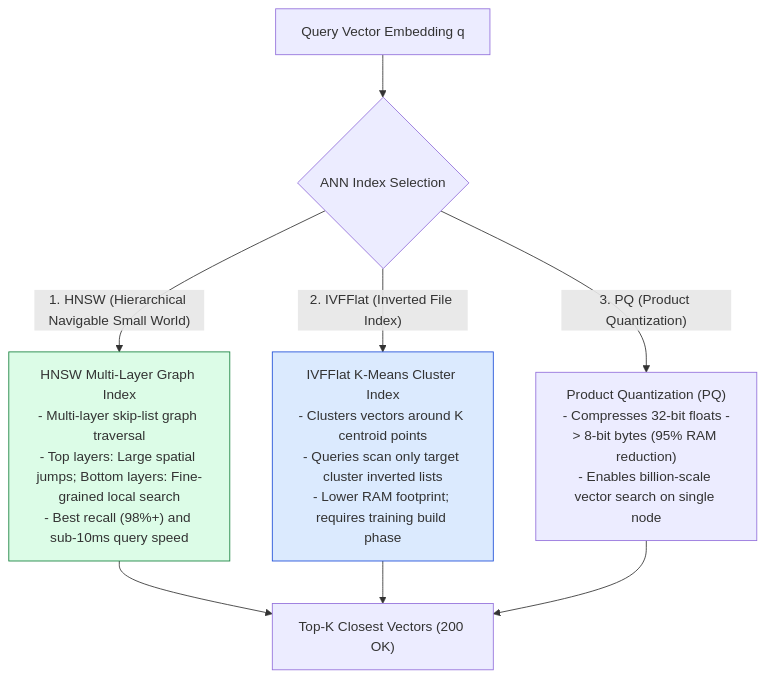
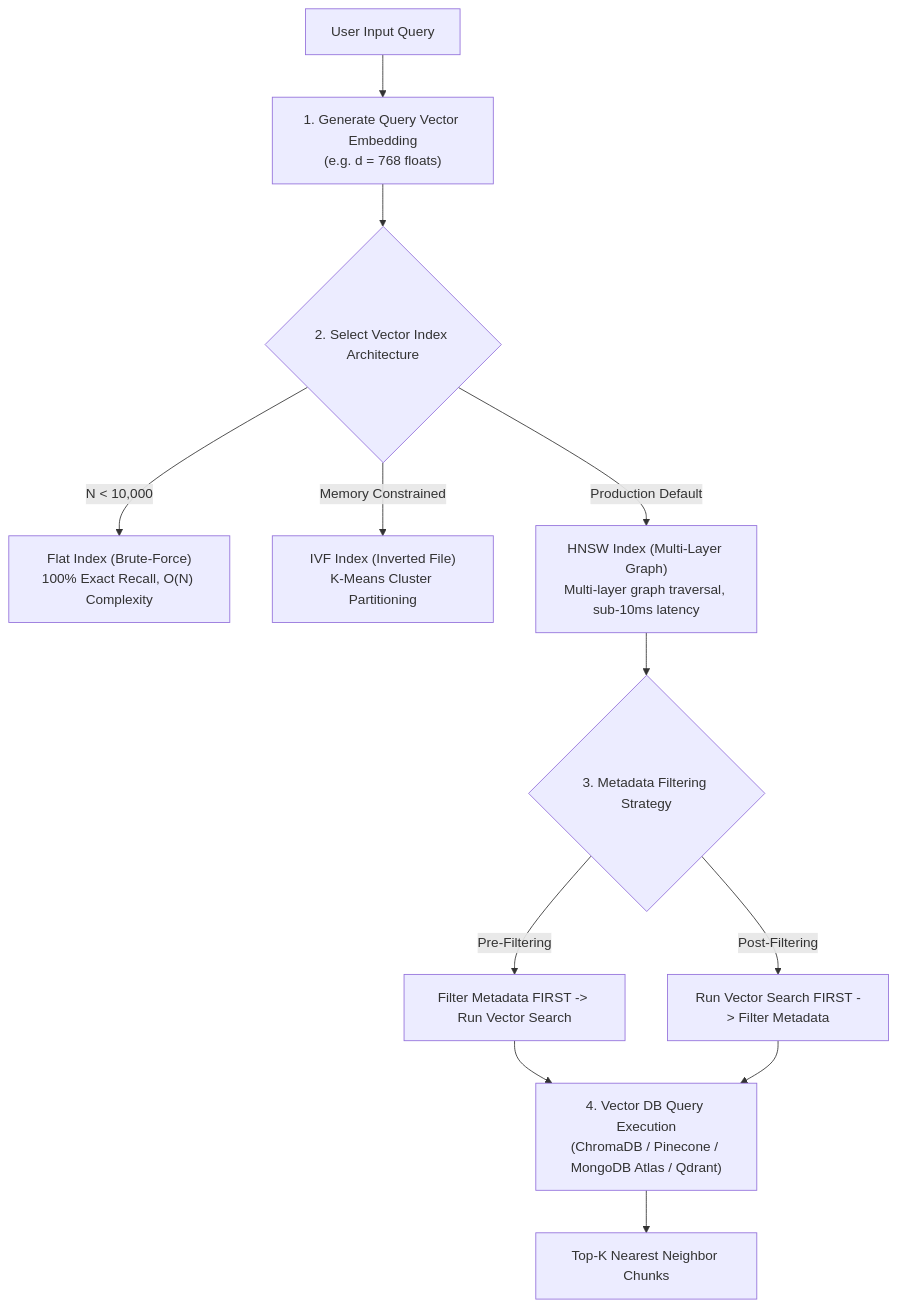
One commit to Amie-dev/engineering-playbook changed the first of 2 diagrams in agentic-ai-notes/00-foundations/07-vector-databases.md. Above: the diagram before and after it, drawn with Mermaid. The commit also changed other lines of this file and 27 other files, not shown here.

````diff
--- a/agentic-ai-notes/00-foundations/07-vector-databases.md
+++ b/agentic-ai-notes/00-foundations/07-vector-databases.md
@@ -13,17 +9,20 @@
 ```mermaid
 flowchart TD
-    QueryVec[Query Vector Embedding q] --> IndexType{ANN Index Selection}
-
-    IndexType -- "1. HNSW (Hierarchical Navigable Small World)" --> HNSWGraph["HNSW Multi-Layer Graph Index<br/>- Multi-layer skip-list graph traversal<br/>- Top layers: Large spatial jumps; Bottom layers: Fine-grained local search<br/>- Best recall (98%+) and sub-10ms query speed"]
-
-    IndexType -- "2. IVFFlat (Inverted File Index)" --> IVFClusters["IVFFlat K-Means Cluster Index<br/>- Clusters vectors around K centroid points<br/>- Queries scan only target cluster inverted lists<br/>- Lower RAM footprint; requires training build phase"]
-
-    IndexType -- "3. PQ (Product Quantization)" --> Compression["Product Quantization (PQ)<br/>- Compresses 32-bit floats -> 8-bit bytes (95% RAM reduction)<br/>- Enables billion-scale vector search on single node"]
-
-    HNSWGraph --> TopKResults["Top-K Closest Vectors (200 OK)"]
-    IVFClusters --> TopKResults
-    Compression --> TopKResults
-
-    style HNSWGraph fill:#dcfce7,stroke:#15803d
-    style IVFClusters fill:#dbeafe,stroke:#1d4ed8
+    UserQuery[User Input Query] --> EmbedQuery["1. Generate Query Vector Embedding<br/>(e.g. d = 768 floats)"]
+    
+    EmbedQuery --> IndexType{"2. Select Vector Index Architecture"}
+    
+    IndexType -->|N < 10,000| FlatIndex["Flat Index (Brute-Force)<br/>100% Exact Recall, O(N) Complexity"]
+    IndexType -->|Memory Constrained| IVFIndex["IVF Index (Inverted File)<br/>K-Means Cluster Partitioning"]
+    IndexType -->|Production Default| HNSWIndex["HNSW Index (Multi-Layer Graph)<br/>Multi-layer graph traversal, sub-10ms latency"]
+    
+    HNSWIndex --> FilterPhase{"3. Metadata Filtering Strategy"}
+    
+    FilterPhase -->|Pre-Filtering| PreFilter["Filter Metadata FIRST -> Run Vector Search"]
+    FilterPhase -->|Post-Filtering| PostFilter["Run Vector Search FIRST -> Filter Metadata"]
+    
+    PreFilter --> VectorDBEngine["4. Vector DB Query Execution<br/>(ChromaDB / Pinecone / MongoDB Atlas / Qdrant)"]
+    PostFilter --> VectorDBEngine
+    
+    VectorDBEngine --> TopKResults["Top-K Nearest Neighbor Chunks"]
 ```
````
